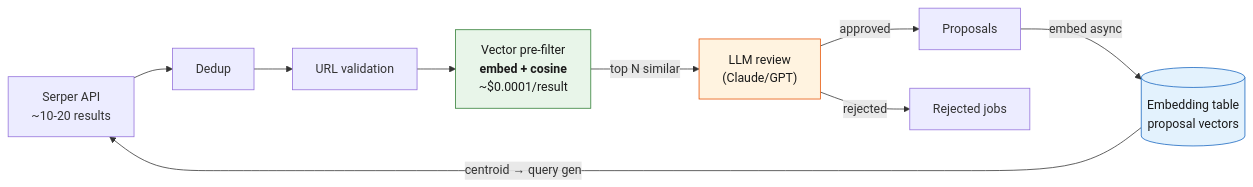
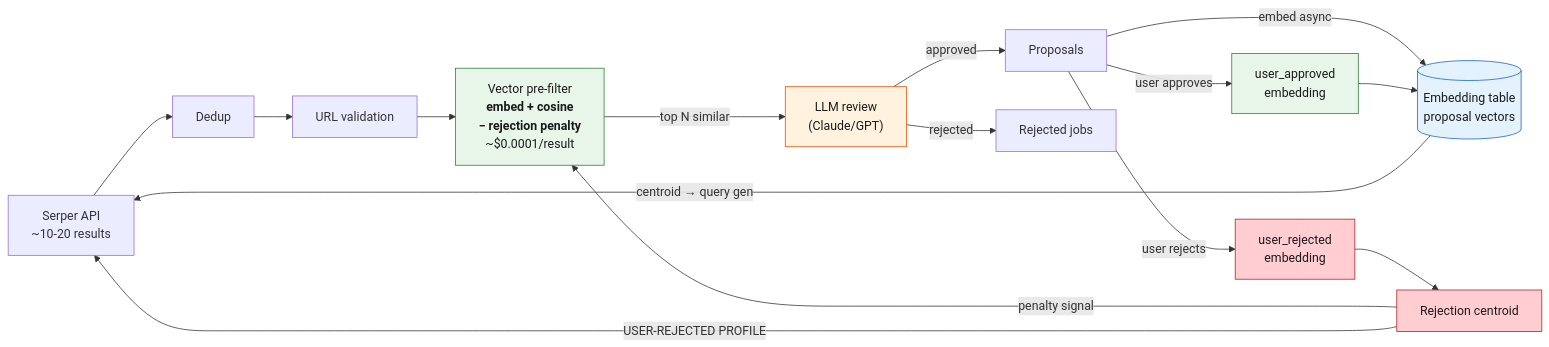
The fourth of 11 diagrams in README.md (hubenschmidt/pina-colada), drawn with Mermaid before and after one commit. The commit also changed other lines of this file and 6 other files, not shown here.

Commit message:
embed user feedback on proposal loop

````diff
--- a/README.md
+++ b/README.md
@@ -219,16 +200,26 @@
 ```mermaid
 flowchart LR
     SERPER["Serper API<br/>~10-20 results"] --> DEDUP["Dedup"]
     DEDUP --> URLS["URL validation"]
-    URLS --> VPF["Vector pre-filter<br/><b>embed + cosine</b><br/>~$0.0001/result"]
+    URLS --> VPF["Vector pre-filter<br/><b>embed + cosine<br/>− rejection penalty</b><br/>~$0.0001/result"]
     VPF -->|"top N similar"| LLM["LLM review<br/>(Claude/GPT)"]
     LLM -->|approved| PROP["Proposals"]
     LLM -->|rejected| REJ["Rejected jobs"]
 
     PROP -->|"embed async"| EMB[("Embedding table<br/>proposal vectors")]
     EMB -->|"centroid → query gen"| SERPER
 
+    PROP -->|"user approves"| UAPPR["user_approved<br/>embedding"]
+    UAPPR --> EMB
+    PROP -->|"user rejects"| UREJ["user_rejected<br/>embedding"]
+    UREJ --> REJC["Rejection centroid"]
+    REJC -->|"penalty signal"| VPF
+    REJC -->|"USER-REJECTED PROFILE"| SERPER
+
     style VPF fill:#e8f5e9,stroke:#2e7d32,color:#1a1a1a
     style EMB fill:#e3f2fd,stroke:#1565c0,color:#1a1a1a
     style LLM fill:#fff3e0,stroke:#e65100,color:#1a1a1a
+    style UAPPR fill:#e8f5e9,stroke:#2e7d32,color:#1a1a1a
+    style UREJ fill:#ffcdd2,stroke:#b71c1c,color:#1a1a1a
+    style REJC fill:#ffcdd2,stroke:#b71c1c,color:#1a1a1a
 ```
````
